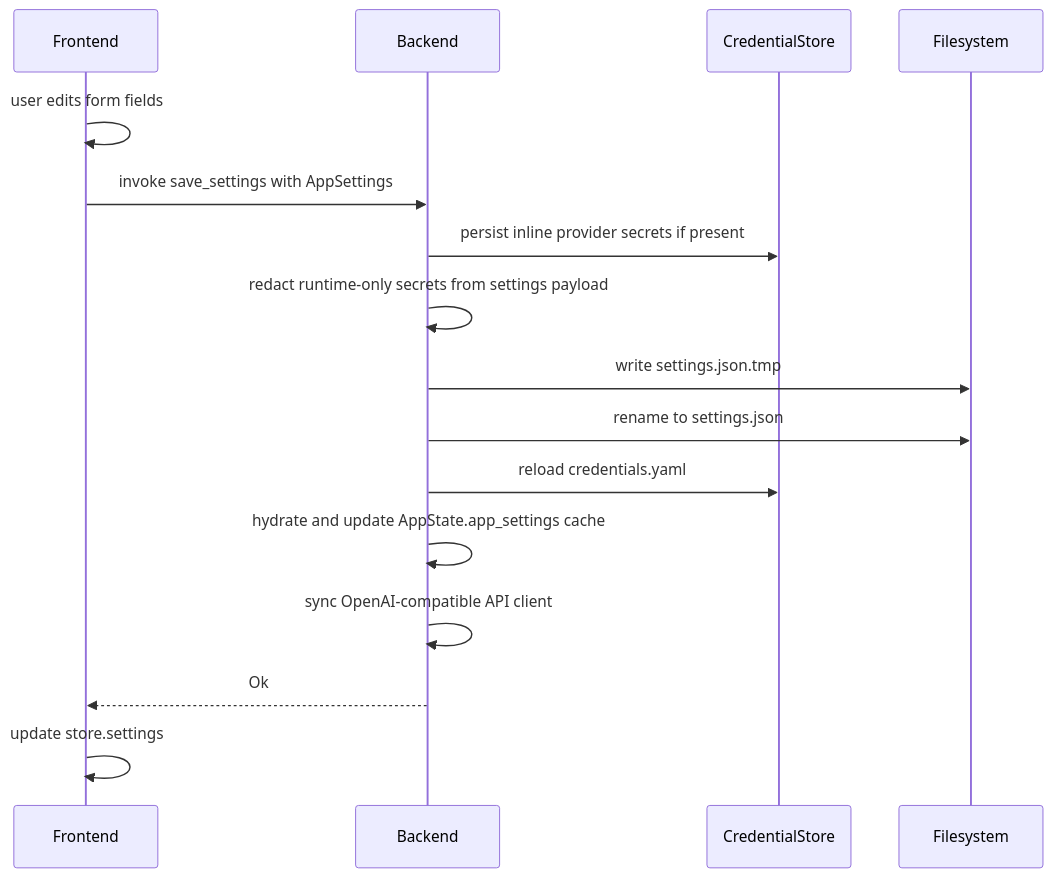
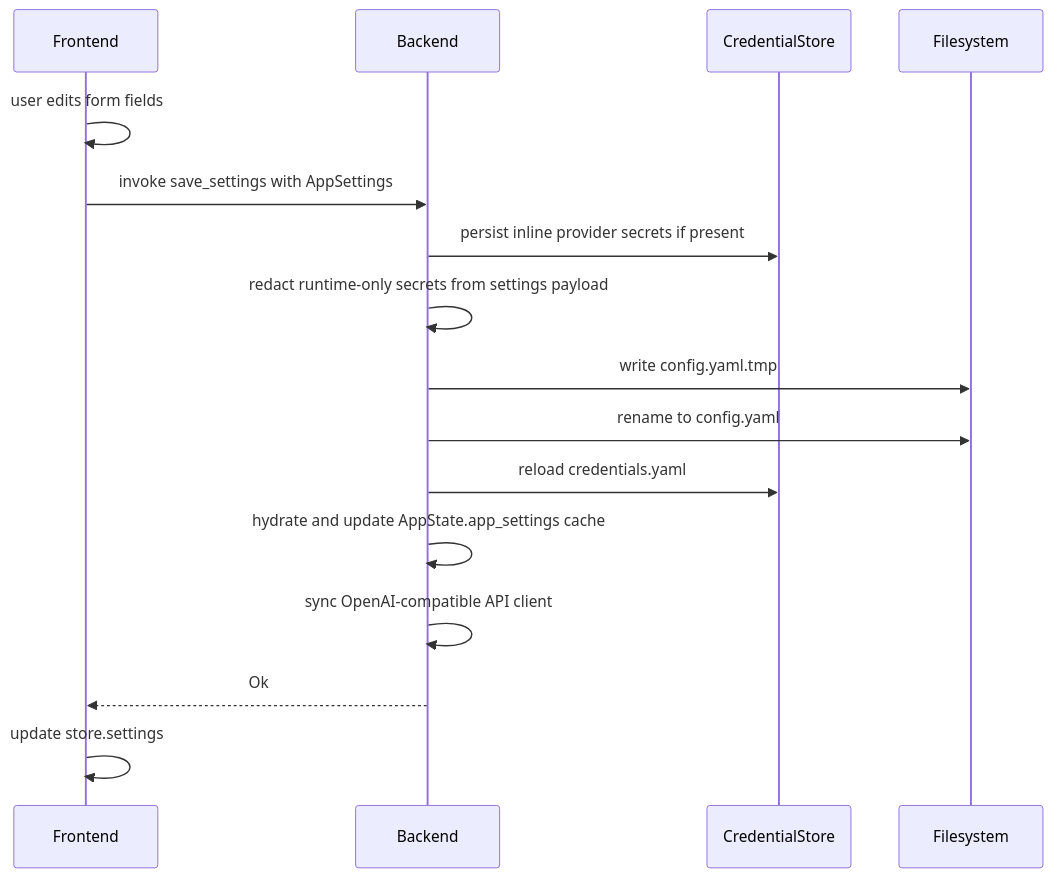
Before and after one commit to Codeseys-Labs/audio-graph: the second of 4 diagrams in docs/SETTINGS_DESIGN.md, drawn with Mermaid. The commit also changed other lines of this file and 13 other files, not shown here.

First line of the commit message:
docs: STT/provider/storage research notes + ARCHITECTURE/CONTRIBUTING/SETTINGS refresh

````diff
--- a/docs/SETTINGS_DESIGN.md
+++ b/docs/SETTINGS_DESIGN.md
@@ -857,19 +869,19 @@
 ```mermaid
 sequenceDiagram
     participant FE as Frontend
     participant BE as Backend
     participant CRED as CredentialStore
     participant FS as Filesystem
 
     FE->>FE: user edits form fields
     FE->>BE: invoke save_settings with AppSettings
     BE->>CRED: persist inline provider secrets if present
     BE->>BE: redact runtime-only secrets from settings payload
-    BE->>FS: write settings.json.tmp
-    BE->>FS: rename to settings.json
+    BE->>FS: write config.yaml.tmp
+    BE->>FS: rename to config.yaml
     BE->>CRED: reload credentials.yaml
     BE->>BE: hydrate and update AppState.app_settings cache
     BE->>BE: sync OpenAI-compatible API client
     BE-->>FE: Ok
     FE->>FE: update store.settings
 ```
````
